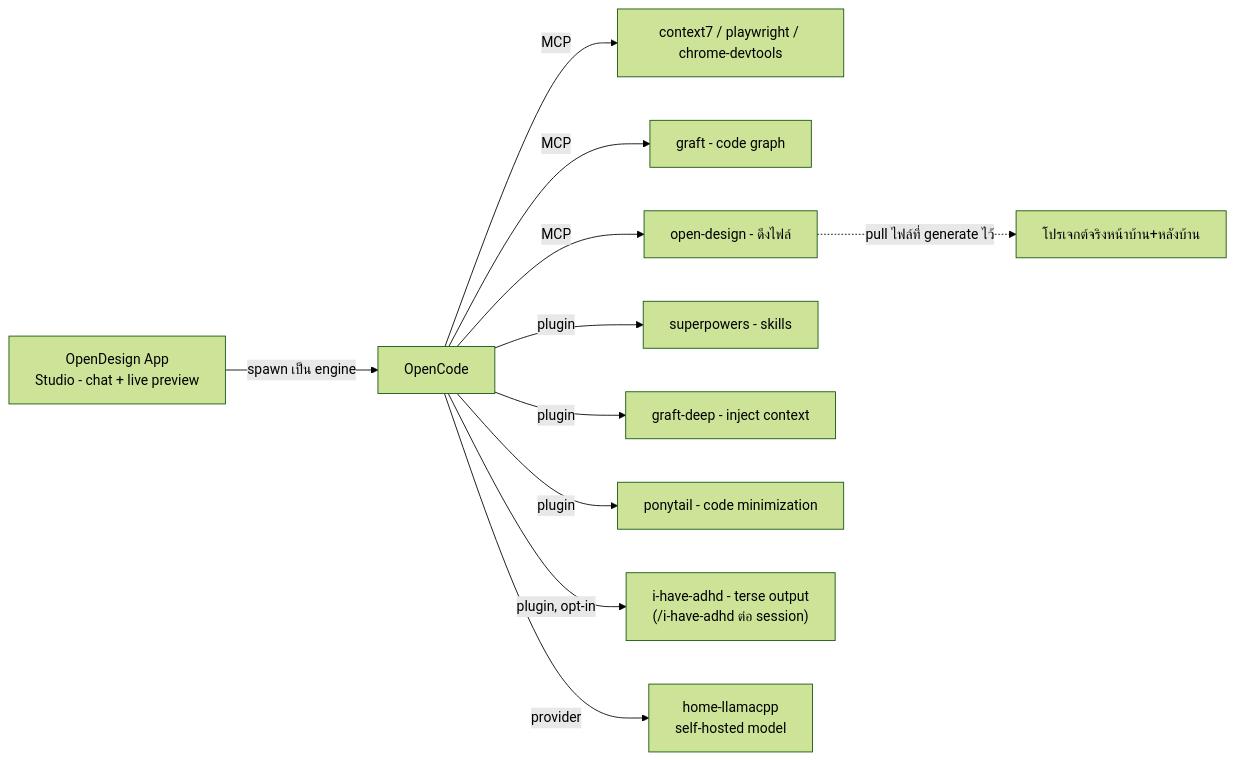
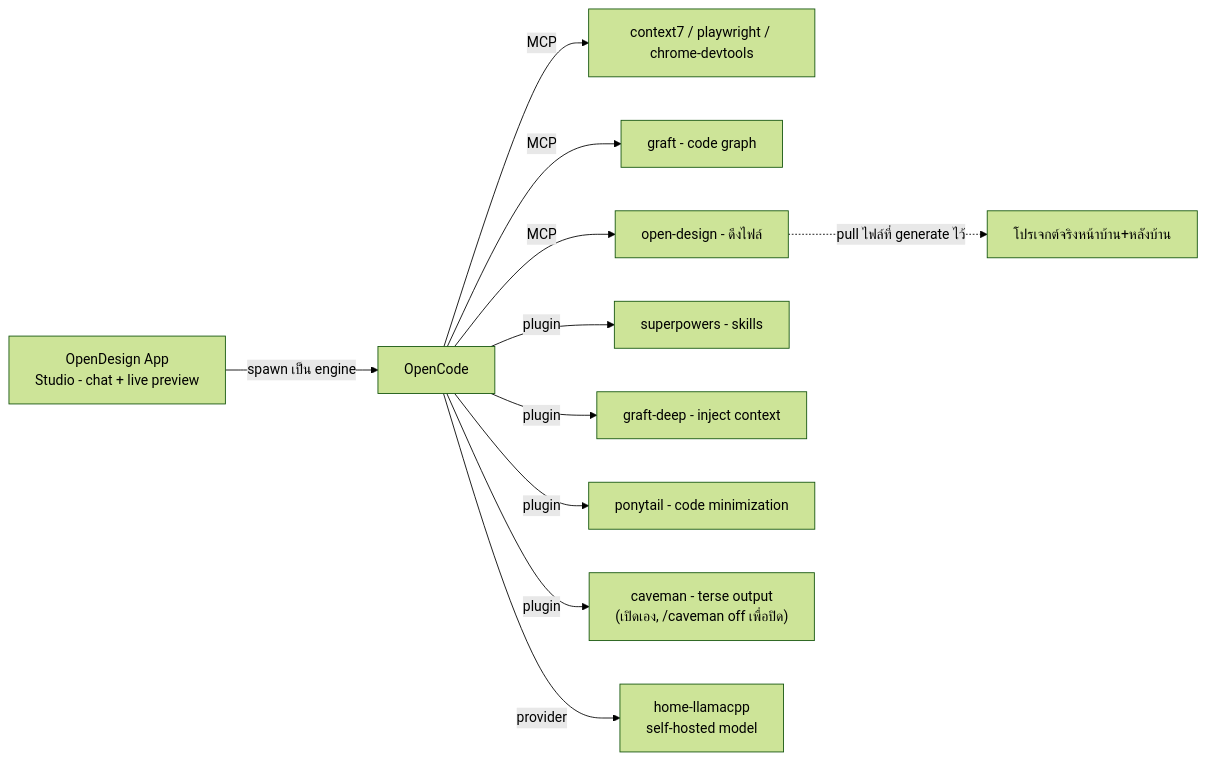
The second of 4 diagrams in th/USER-MANUAL.md (adcident12/my-manual-opencode), drawn with Mermaid (forest theme) before and after one commit. The commit also changed other lines of this file and 47 other files, not shown here.

````diff
--- a/th/USER-MANUAL.md
+++ b/th/USER-MANUAL.md
@@ -30,13 +181,13 @@
 ```mermaid
 graph LR
     A[OpenDesign App<br/>Studio - chat + live preview] -->|spawn เป็น engine| B[OpenCode]
     B -->|MCP| C[context7 / playwright / chrome-devtools]
     B -->|MCP| D[graft - code graph]
     B -->|MCP| E[open-design - ดึงไฟล์]
     B -->|plugin| F[superpowers - skills]
     B -->|plugin| G[graft-deep - inject context]
     B -->|plugin| L[ponytail - code minimization]
-    B -->|plugin, opt-in| M["i-have-adhd - terse output<br/>(/i-have-adhd ต่อ session)"]
+    B -->|plugin| M["caveman - terse output<br/>(เปิดเอง, /caveman off เพื่อปิด)"]
     B -->|provider| H[home-llamacpp<br/>self-hosted model]
     E -.->|pull ไฟล์ที่ generate ไว้| I[โปรเจกต์จริงหน้าบ้าน+หลังบ้าน]
 ```
````
